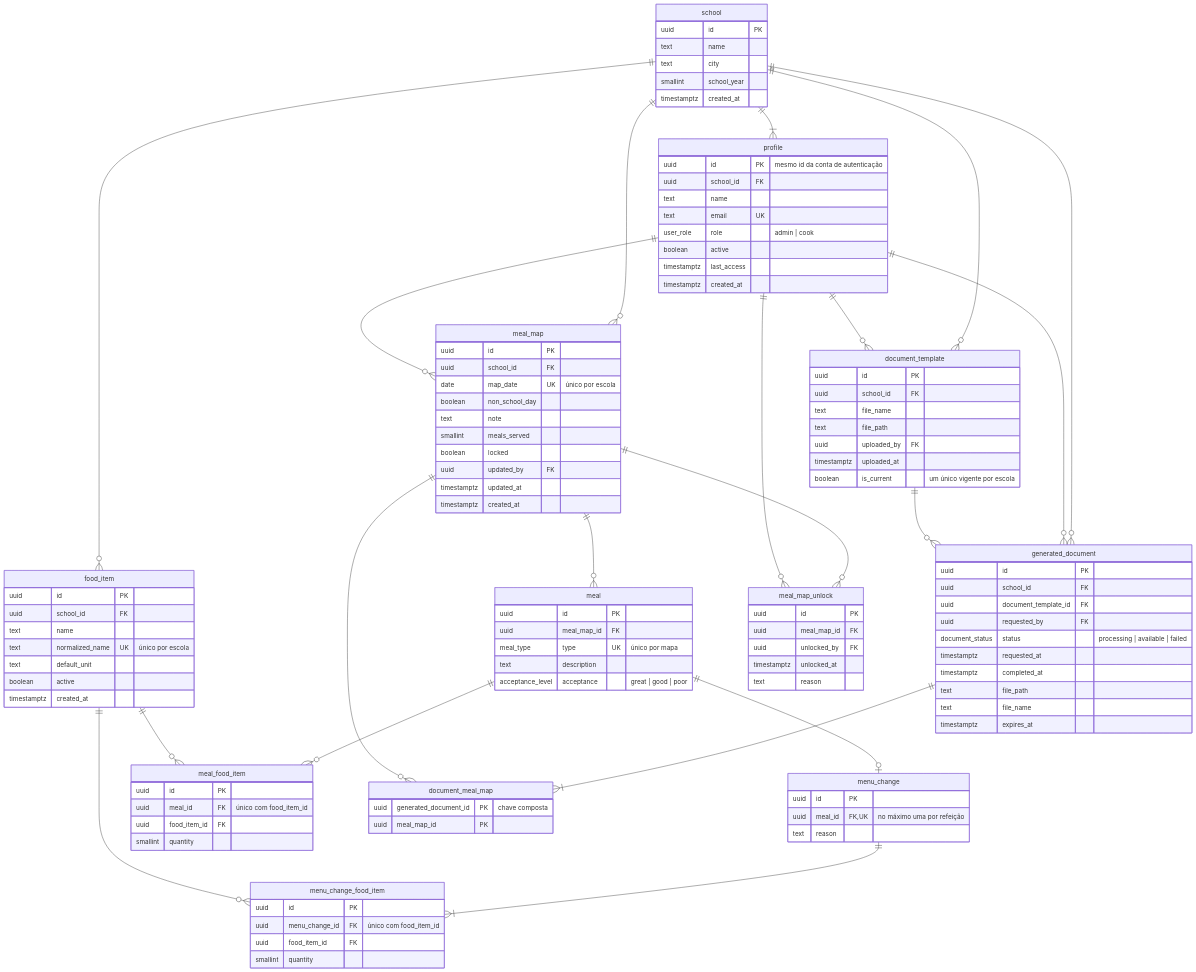
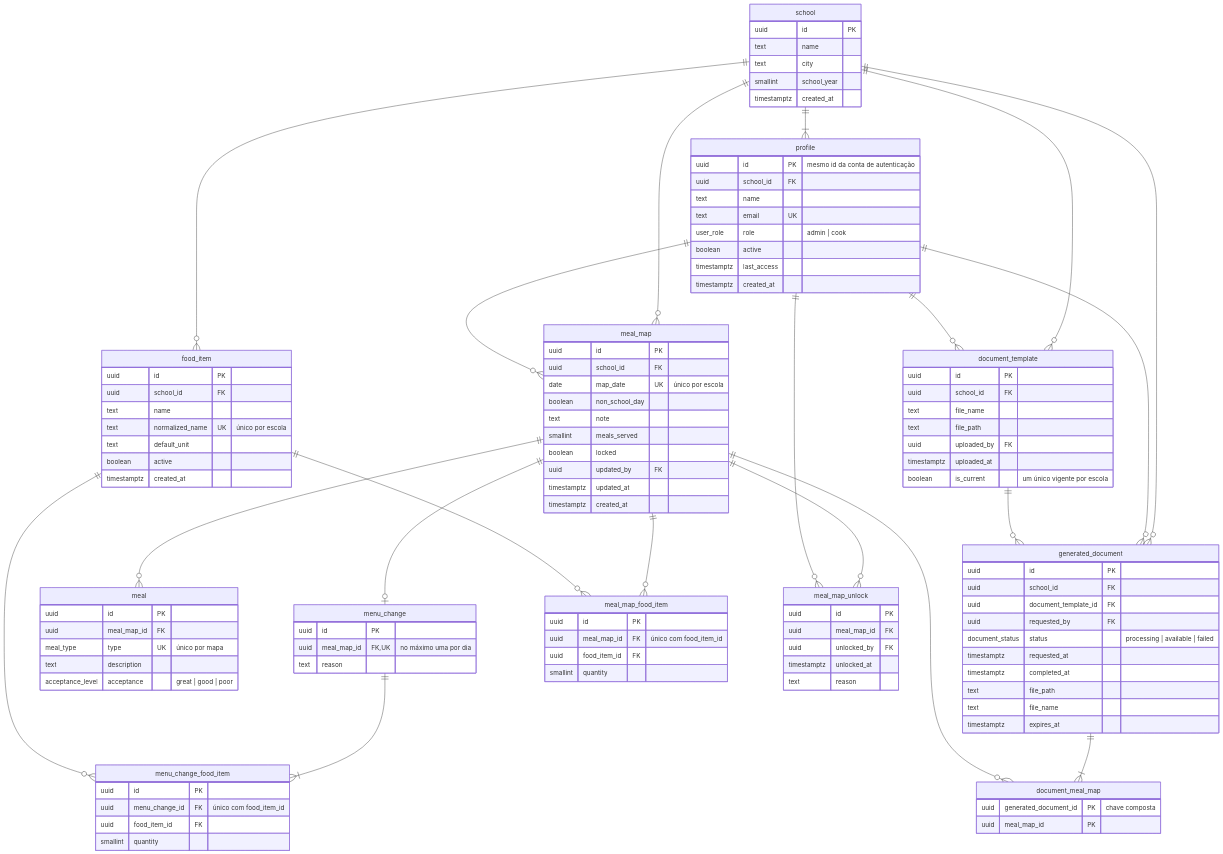
One commit to rds-renan/mapa-alimentacao-escolar changed the diagram in docs/04-banco-de-dados/modelo-er.md. Above: the diagram before and after it, drawn with Mermaid. The commit also changed other lines of this file and 99 other files, not shown here.

```diff
--- a/docs/04-banco-de-dados/modelo-er.md
+++ b/docs/04-banco-de-dados/modelo-er.md
@@ -15,9 +15,9 @@
     school ||--o{ generated_document : ""
 
     meal_map ||--o{ meal : ""
-    meal ||--o| menu_change : ""
-    meal ||--o{ meal_food_item : ""
-    food_item ||--o{ meal_food_item : ""
+    meal_map ||--o| menu_change : ""
+    meal_map ||--o{ meal_map_food_item : ""
+    food_item ||--o{ meal_map_food_item : ""
     menu_change ||--|{ menu_change_food_item : ""
     food_item ||--o{ menu_change_food_item : ""
 
@@ -83,7 +83,7 @@
 
     menu_change {
         uuid id PK
-        uuid meal_id FK,UK "no máximo uma por refeição"
+        uuid meal_map_id FK,UK "no máximo uma por dia"
         text reason
     }
 
@@ -94,9 +94,9 @@
         smallint quantity
     }
 
-    meal_food_item {
+    meal_map_food_item {
         uuid id PK
-        uuid meal_id FK "único com food_item_id"
+        uuid meal_map_id FK "único com food_item_id"
         uuid food_item_id FK
         smallint quantity
     }
```
